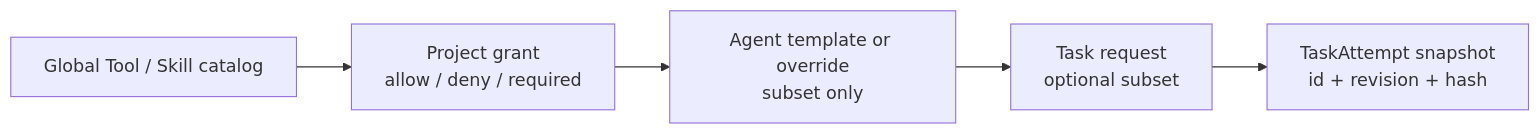
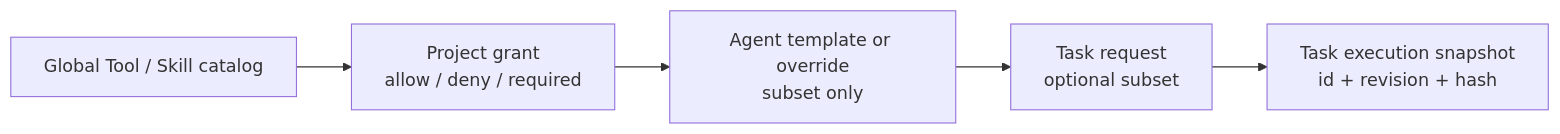
Before and after one commit to yarang/grok-fleet-orchestrator: the second of 3 diagrams in docs/architecture/entity-placement-and-context.md, drawn with Mermaid. The commit also changed other lines of this file and 27 other files, not shown here.

````diff
--- a/docs/architecture/entity-placement-and-context.md
+++ b/docs/architecture/entity-placement-and-context.md
@@ -100,7 +100,7 @@
 ```mermaid
 flowchart LR
     Catalog["Global Tool / Skill catalog"] --> Grant["Project grant\nallow / deny / required"]
     Grant --> Binding["Agent template or override\nsubset only"]
     Binding --> Request["Task request\noptional subset"]
-    Request --> Snapshot["TaskAttempt snapshot\nid + revision + hash"]
+    Request --> Snapshot["Task execution snapshot\nid + revision + hash"]
 ```
````
